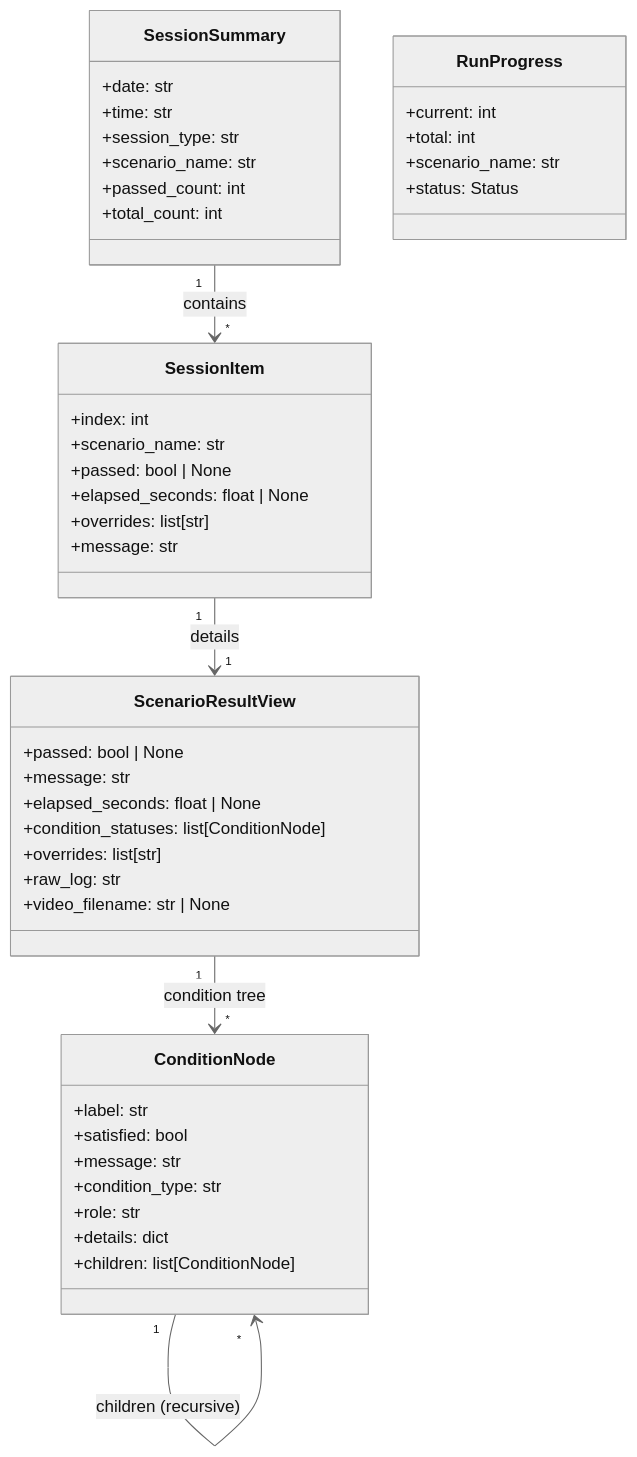
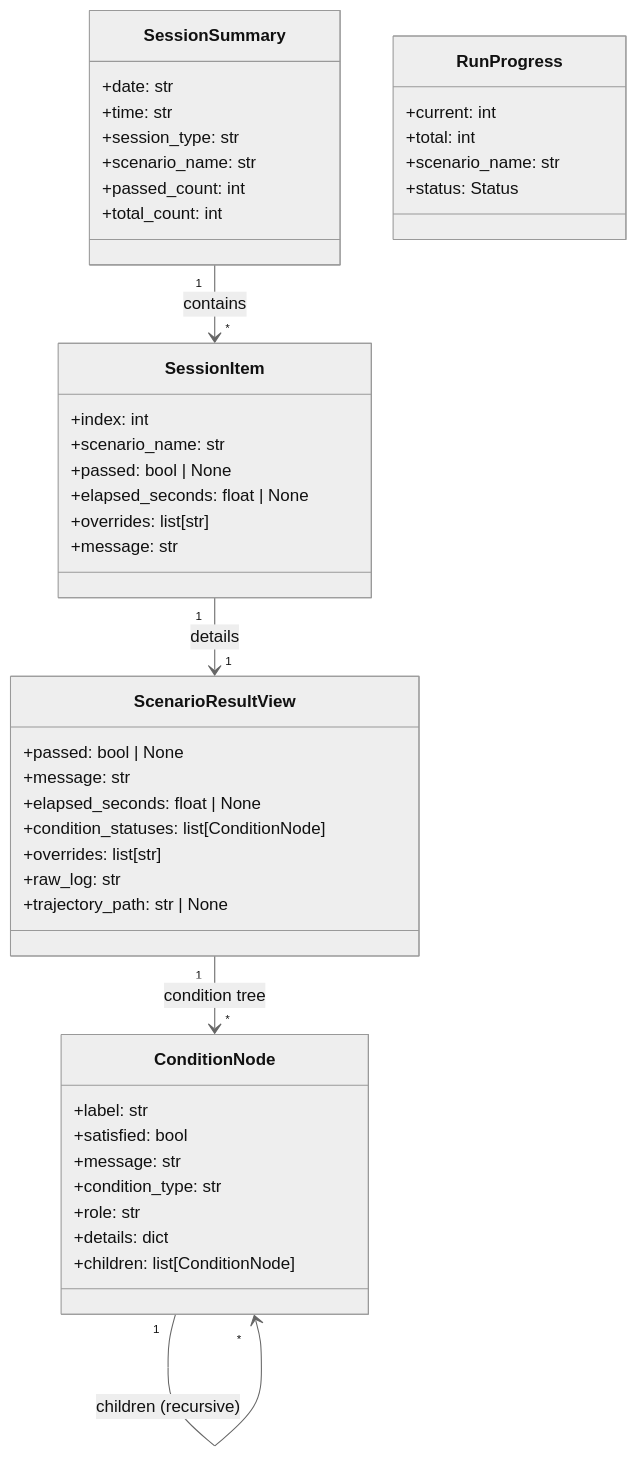
Before and after one commit to autowarefoundation/autoware_carla_scenario: the eighth of 13 diagrams in autoware_carla_scenario/docs/architecture.md, drawn with Mermaid (neutral theme). The commit also changed other lines of this file and 45 other files, not shown here.

````diff
--- a/autoware_carla_scenario/docs/architecture.md
+++ b/autoware_carla_scenario/docs/architecture.md
@@ -806,52 +778,52 @@
 ```mermaid
 classDiagram
     class SessionSummary {
         +date: str
         +time: str
         +session_type: str
         +scenario_name: str
         +passed_count: int
         +total_count: int
     }
 
     class SessionItem {
         +index: int
         +scenario_name: str
         +passed: bool | None
         +elapsed_seconds: float | None
         +overrides: list[str]
         +message: str
     }
 
     class ScenarioResultView {
         +passed: bool | None
         +message: str
         +elapsed_seconds: float | None
         +condition_statuses: list[ConditionNode]
         +overrides: list[str]
         +raw_log: str
-        +video_filename: str | None
+        +trajectory_path: str | None
     }
 
     class ConditionNode {
         +label: str
         +satisfied: bool
         +message: str
         +condition_type: str
         +role: str
         +details: dict
         +children: list[ConditionNode]
     }
 
     class RunProgress {
         +current: int
         +total: int
         +scenario_name: str
         +status: Status
     }
 
     SessionSummary "1" --> "*" SessionItem : contains
     SessionItem "1" --> "1" ScenarioResultView : details
     ScenarioResultView "1" --> "*" ConditionNode : condition tree
     ConditionNode "1" --> "*" ConditionNode : children (recursive)
 ```
````
